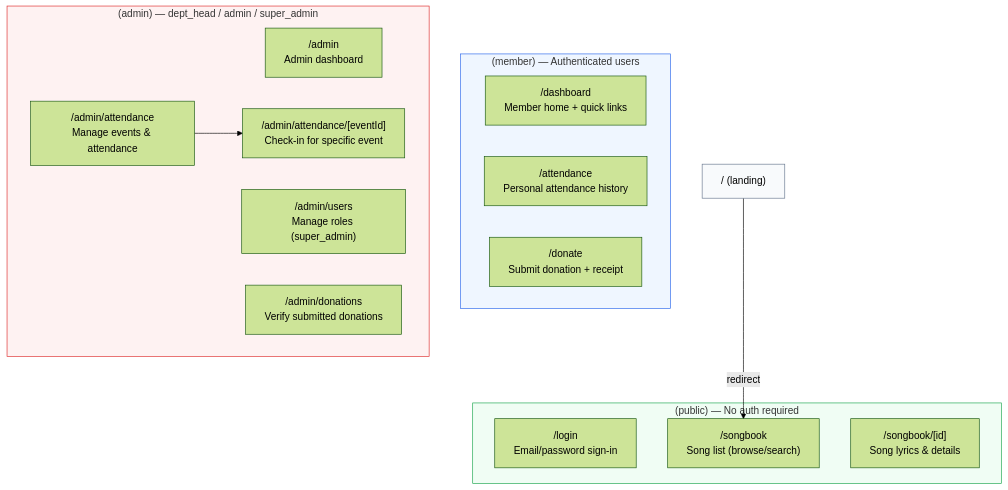
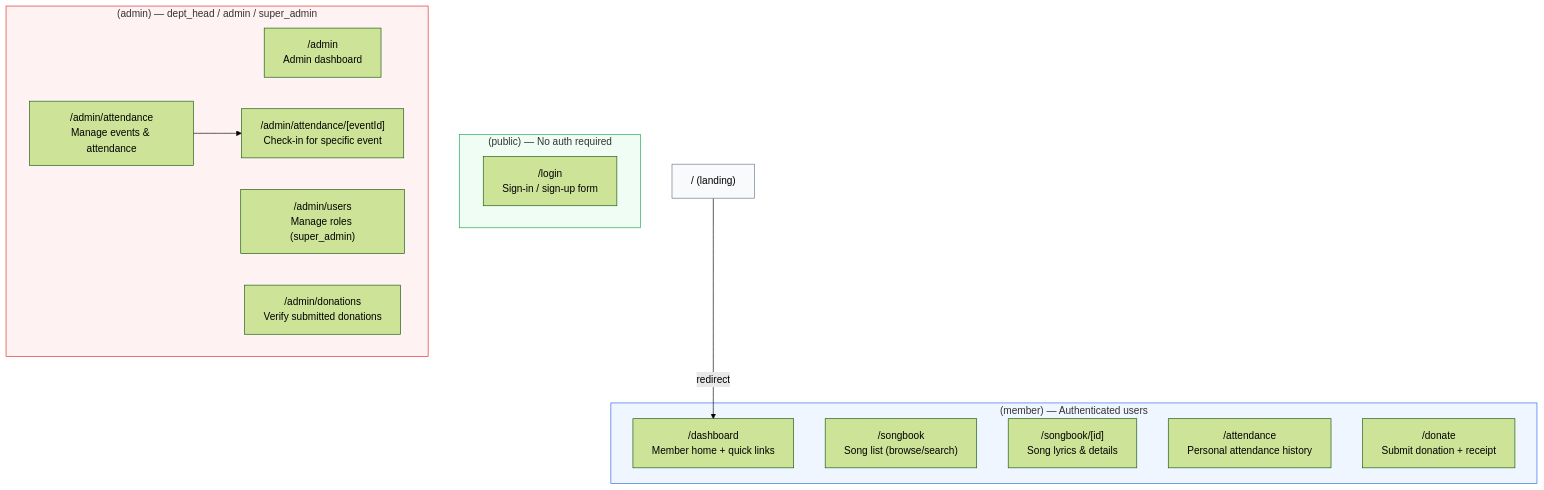
The first of 3 diagrams in docs/routes.md (Felege-Yordanos-Tech-Team/felege-yordanos-app), drawn with Mermaid (forest theme) before and after one commit. The commit also changed other lines of this file and 3 other files, not shown here.

First line of the commit message:
docs: 📝 update architecture docs and add database schema

````diff
--- a/docs/routes.md
+++ b/docs/routes.md
@@ -5,31 +5,31 @@
 ```mermaid
 graph TD
     subgraph PUBLIC["(public) — No auth required"]
-        LOGIN["/login<br/>Email/password sign-in"]
-        SONGBOOK["/songbook<br/>Song list (browse/search)"]
-        SONG_DETAIL["/songbook/[id]<br/>Song lyrics & details"]
+        LOGIN["/login<br/>Sign-in / sign-up form"]
     end
 
     subgraph MEMBER["(member) — Authenticated users"]
         DASHBOARD["/dashboard<br/>Member home + quick links"]
+        SONGBOOK["/songbook<br/>Song list (browse/search)"]
+        SONG_DETAIL["/songbook/[id]<br/>Song lyrics & details"]
         ATTENDANCE["/attendance<br/>Personal attendance history"]
         DONATE["/donate<br/>Submit donation + receipt"]
     end
 
     subgraph ADMIN["(admin) — dept_head / admin / super_admin"]
         ADMIN_HOME["/admin<br/>Admin dashboard"]
         ADMIN_USERS["/admin/users<br/>Manage roles (super_admin)"]
         ADMIN_ATTENDANCE["/admin/attendance<br/>Manage events & attendance"]
         ADMIN_CHECKIN["/admin/attendance/[eventId]<br/>Check-in for specific event"]
         ADMIN_DONATIONS["/admin/donations<br/>Verify submitted donations"]
     end
 
-    ROOT["/ (landing)"] -->|redirect| SONGBOOK
+    ROOT["/ (landing)"] -->|redirect| DASHBOARD
 
     ADMIN_ATTENDANCE --> ADMIN_CHECKIN
 
     style PUBLIC fill:#f0fdf4,stroke:#16a34a
     style MEMBER fill:#eff6ff,stroke:#2563eb
     style ADMIN fill:#fef2f2,stroke:#dc2626
     style ROOT fill:#f8fafc,stroke:#64748b
 ```
````
